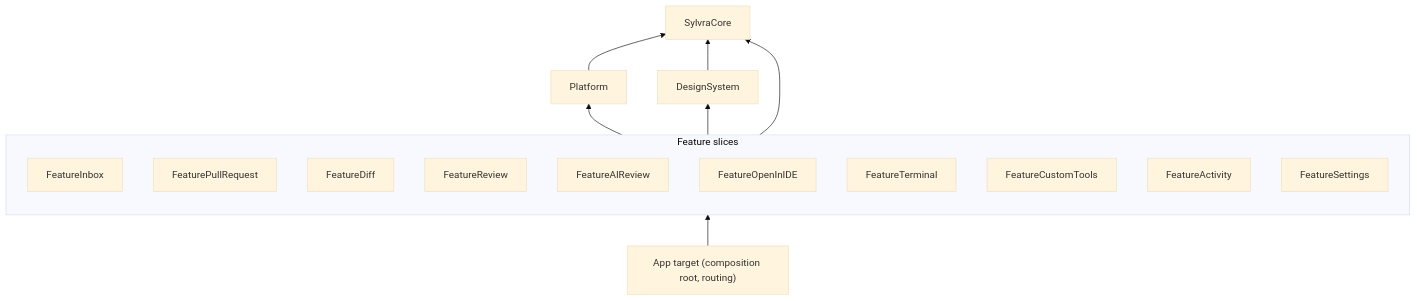
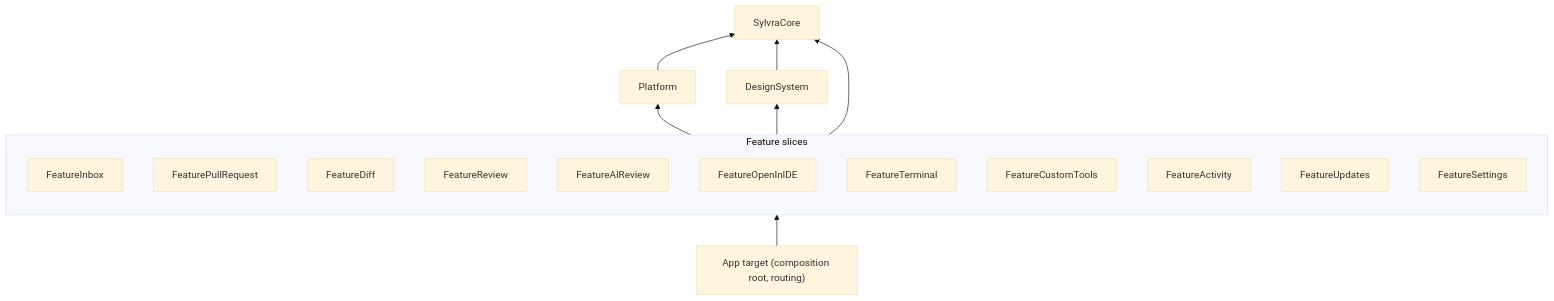
The second of 4 diagrams in specs/architecture.md (mduu/sylvra), drawn with Mermaid (base theme) before and after one commit. The commit also changed other lines of this file and 24 other files, not shown here.

````diff
--- a/specs/architecture.md
+++ b/specs/architecture.md
@@ -102,22 +103,23 @@
 ```mermaid
 flowchart BT
     Core[SylvraCore]
     Platform --> Core
     DesignSystem --> Core
     subgraph Slices["Feature slices"]
         FeatureInbox
         FeaturePullRequest
         FeatureDiff
         FeatureReview
         FeatureAIReview
         FeatureOpenInIDE
         FeatureTerminal
         FeatureCustomTools
         FeatureActivity
+        FeatureUpdates
         FeatureSettings
     end
     Slices --> Core
     Slices --> Platform
     Slices --> DesignSystem
     App["App target (composition root, routing)"] --> Slices
 ```
````
